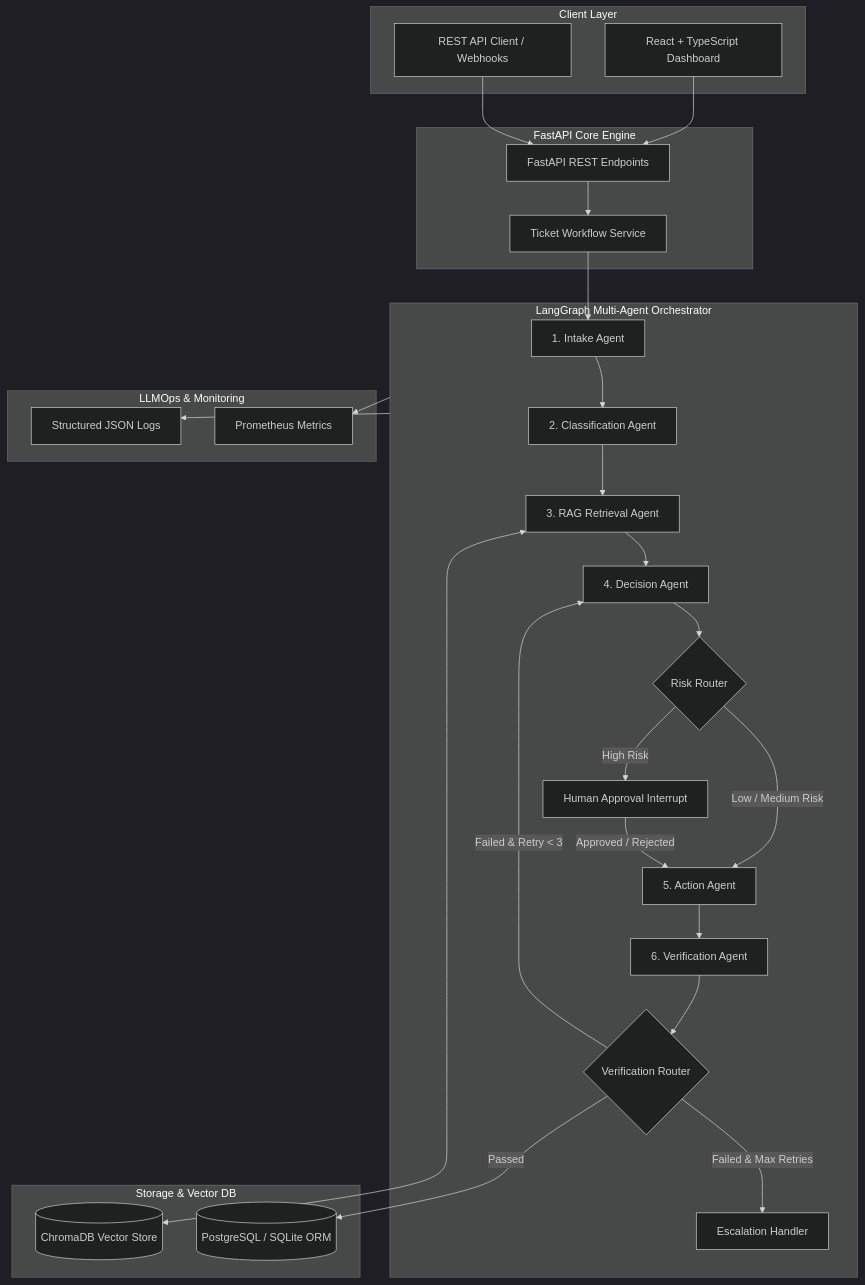
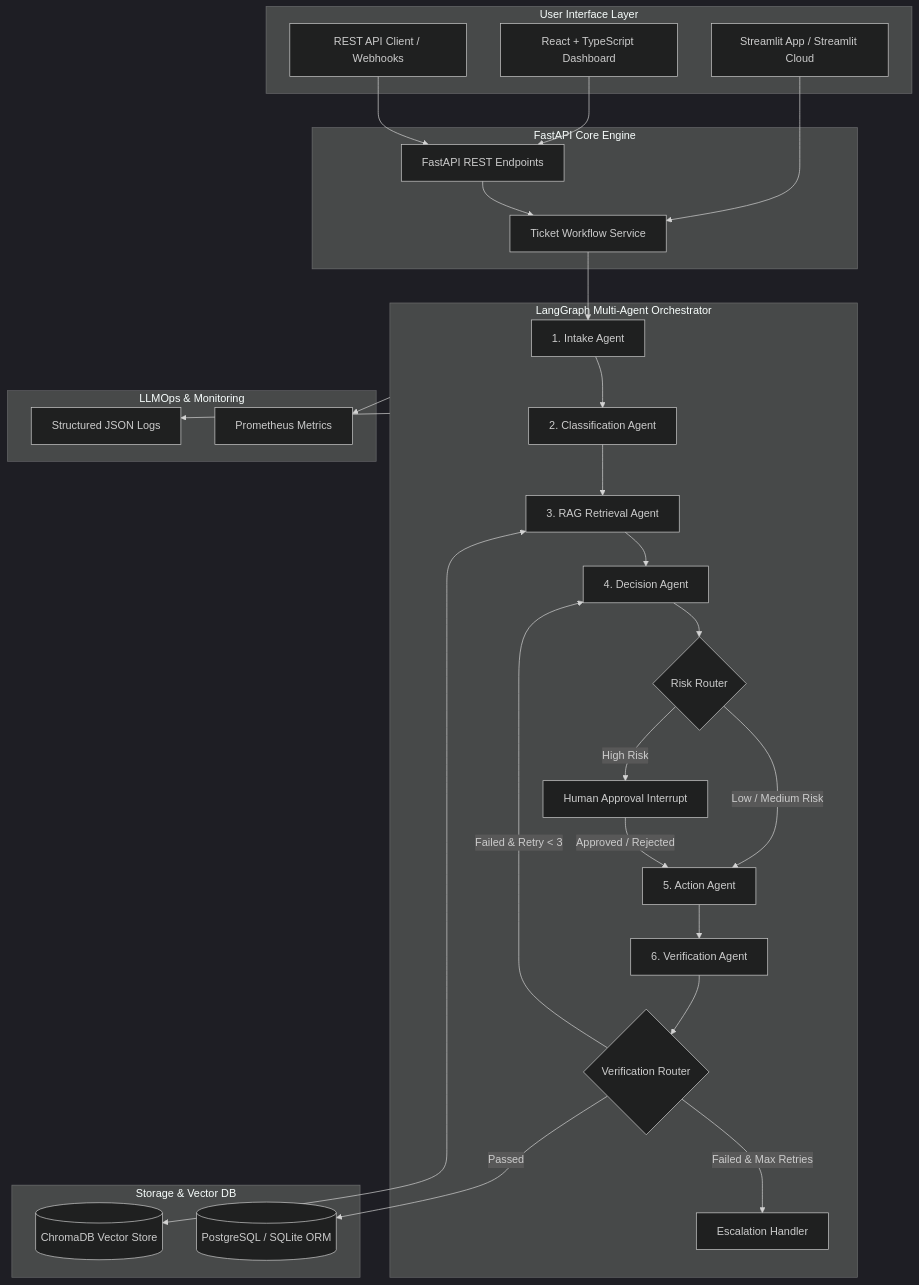
One commit to abhijeeet17/AgentFlow changed the diagram in README.md. Above: the diagram before and after it, drawn with Mermaid (dark theme). The commit also changed other lines of this file and 1 other file, not shown here.

Commit message:
Integrate Streamlit App (streamlit_app.py) for interactive agent workflow dashboard

````diff
--- a/README.md
+++ b/README.md
@@ -31,61 +31,63 @@
 ```mermaid
 flowchart TD
 
-subgraph Client ["Client Layer"]
-    UI[React + TypeScript Dashboard]
+subgraph Interfaces ["User Interface Layer"]
+    ReactUI[React + TypeScript Dashboard]
+    StreamlitUI[Streamlit App / Streamlit Cloud]
     API_Client[REST API Client / Webhooks]
 end
 
 subgraph Backend ["FastAPI Core Engine"]
     API[FastAPI REST Endpoints]
     Service[Ticket Workflow Service]
 end
 
 subgraph LangGraph ["LangGraph Multi-Agent Orchestrator"]
     Agent1[1. Intake Agent]
     Agent2[2. Classification Agent]
     Agent3[3. RAG Retrieval Agent]
     Agent4[4. Decision Agent]
     Router{Risk Router}
     HumanAppr[Human Approval Interrupt]
     Agent5[5. Action Agent]
     Agent6[6. Verification Agent]
     VerifRouter{Verification Router}
     Escalate[Escalation Handler]
 end
 
 subgraph DataStores ["Storage & Vector DB"]
     Chroma[(ChromaDB Vector Store)]
     SQL[(PostgreSQL / SQLite ORM)]
 end
 
 subgraph Observability ["LLMOps & Monitoring"]
     Logger[Structured JSON Logs]
     Metrics[Prometheus Metrics]
 end
 
-UI --> API
+ReactUI --> API
+StreamlitUI --> Service
 API_Client --> API
 API --> Service
 Service --> Agent1
 
 Agent1 --> Agent2
 Agent2 --> Agent3
 Agent3 <--> Chroma
 Agent3 --> Agent4
 
 Agent4 --> Router
 Router -->|High Risk| HumanAppr
 Router -->|Low / Medium Risk| Agent5
 
 HumanAppr -->|Approved / Rejected| Agent5
 Agent5 --> Agent6
 
 Agent6 --> VerifRouter
 VerifRouter -->|Passed| SQL
 VerifRouter -->|Failed & Retry < 3| Agent4
 VerifRouter -->|Failed & Max Retries| Escalate
 
 LangGraph --> Logger
 LangGraph --> Metrics
 ```
````
